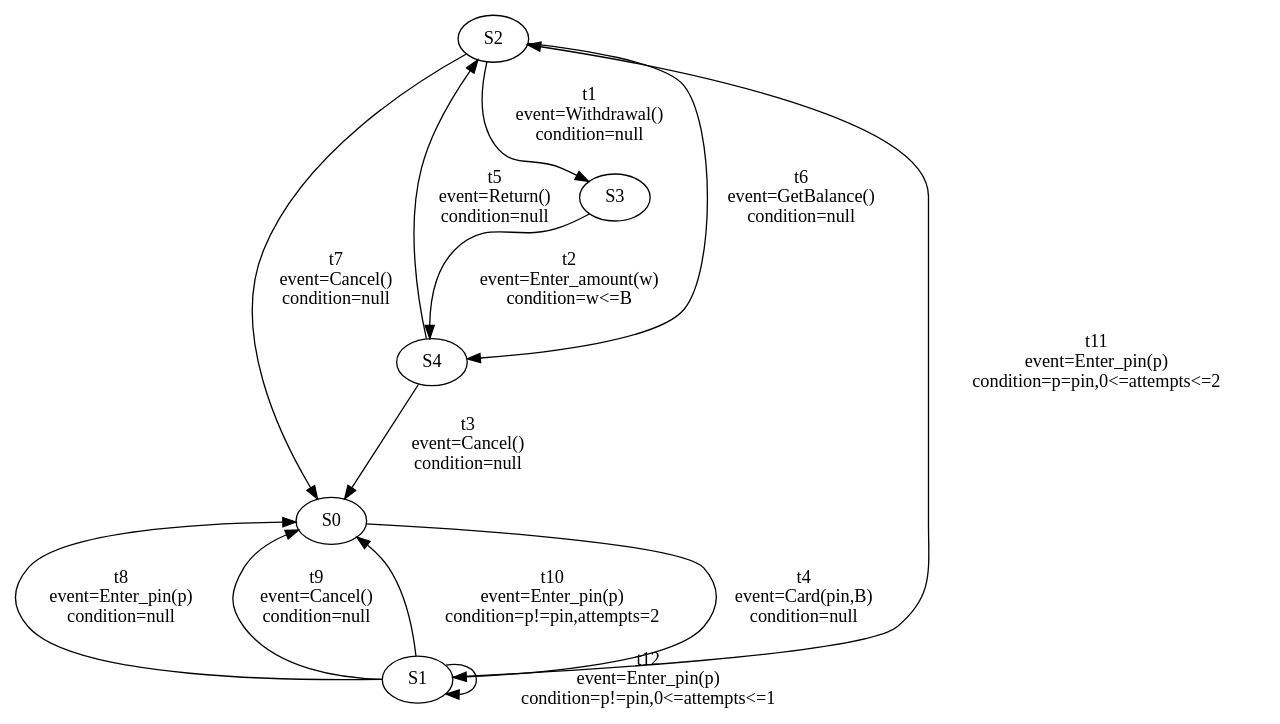
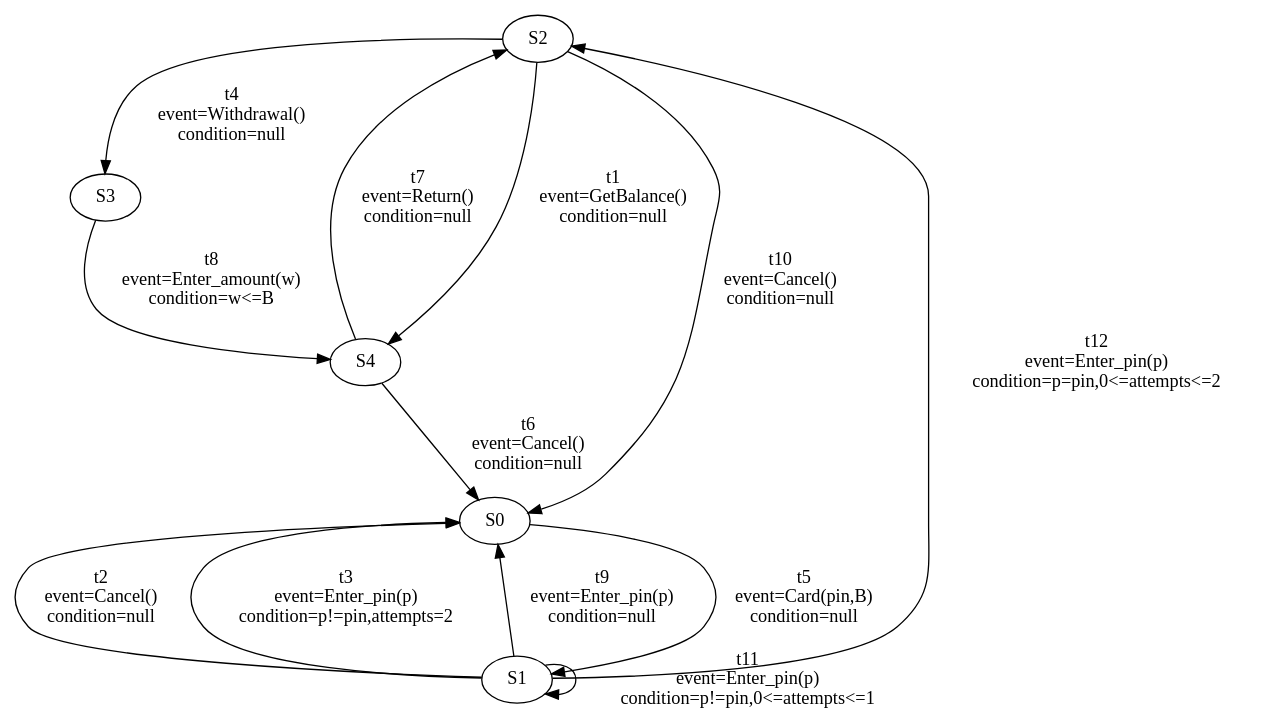
One commit to Catxiaobai/project changed the diagram in file/result1.dot. Above: the diagram before and after it, drawn with Graphviz. The commit also changed 18 other files, not shown here.

```diff
--- a/file/result1.dot
+++ b/file/result1.dot
@@ -1,38 +1,38 @@
 digraph g {
- S2 -> S3 [ label="t1
+ S2 -> S4 [ label="t1
+event=GetBalance()
+condition=null" ];
+ S1 -> S0 [ label="t2
+event=Cancel()
+condition=null" ];
+ S1 -> S0 [ label="t3
+event=Enter_pin(p)
+condition=p!=pin,attempts=2" ];
+ S2 -> S3 [ label="t4
 event=Withdrawal()
 condition=null" ];
- S3 -> S4 [ label="t2
+ S0 -> S1 [ label="t5
+event=Card(pin,B)
+condition=null" ];
+ S4 -> S0 [ label="t6
+event=Cancel()
+condition=null" ];
+ S4 -> S2 [ label="t7
+event=Return()
+condition=null" ];
+ S3 -> S4 [ label="t8
 event=Enter_amount(w)
 condition=w<=B" ];
- S4 -> S0 [ label="t3
+ S1 -> S0 [ label="t9
+event=Enter_pin(p)
+condition=null" ];
+ S2 -> S0 [ label="t10
 event=Cancel()
 condition=null" ];
- S0 -> S1 [ label="t4
-event=Card(pin,B)
-condition=null" ];
- S4 -> S2 [ label="t5
-event=Return()
-condition=null" ];
- S2 -> S4 [ label="t6
-event=GetBalance()
-condition=null" ];
- S2 -> S0 [ label="t7
-event=Cancel()
-condition=null" ];
- S1 -> S0 [ label="t8
+ S1 -> S1 [ label="t11
 event=Enter_pin(p)
-condition=null" ];
- S1 -> S0 [ label="t9
-event=Cancel()
-condition=null" ];
- S1 -> S0 [ label="t10
-event=Enter_pin(p)
-condition=p!=pin,attempts=2" ];
- S1 -> S2 [ label="t11
+condition=p!=pin,0<=attempts<=1" ];
+ S1 -> S2 [ label="t12
 event=Enter_pin(p)
 condition=p=pin,0<=attempts<=2" ];
- S1 -> S1 [ label="t12
-event=Enter_pin(p)
-condition=p!=pin,0<=attempts<=1" ];
 }
```
